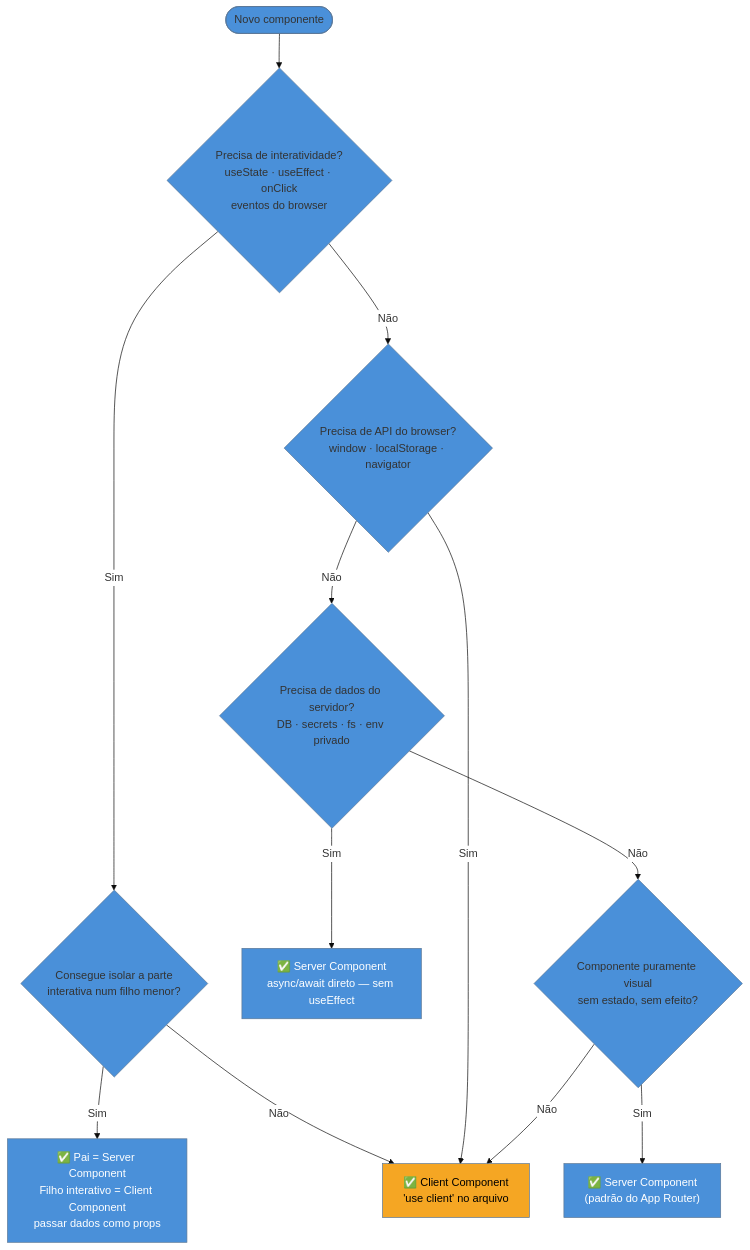
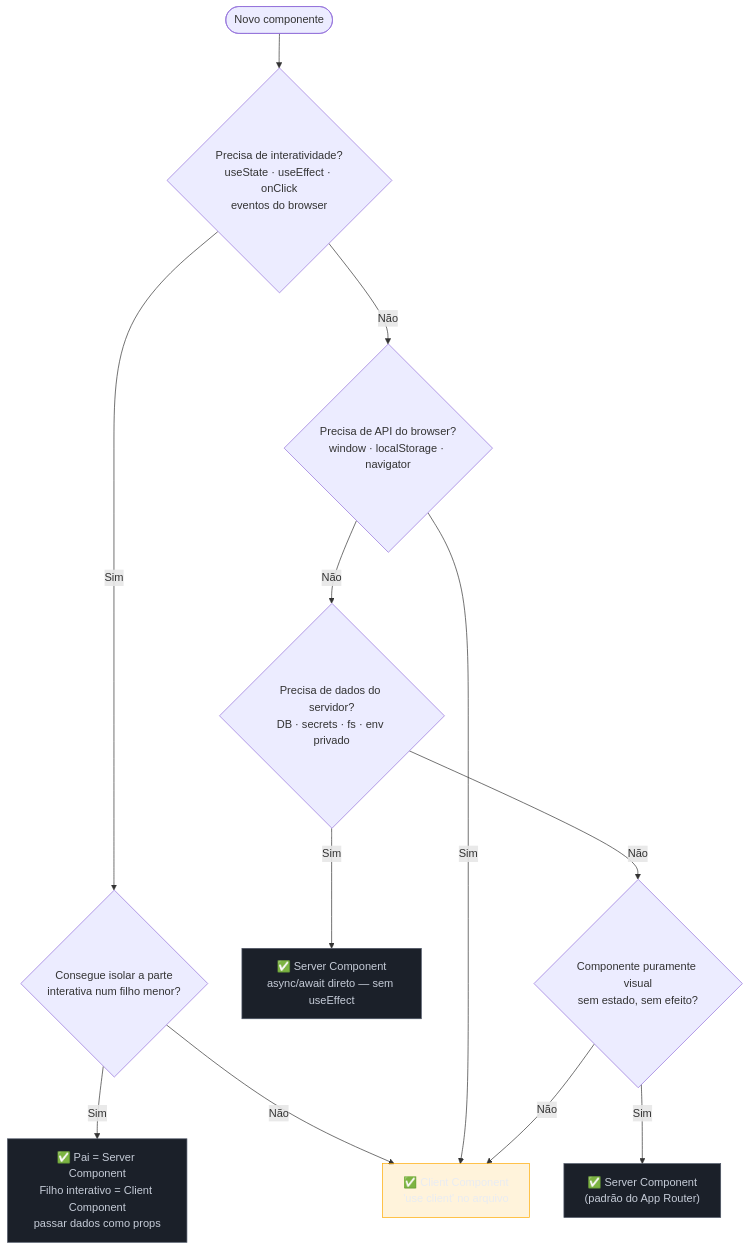
Before and after one commit to josenaldo/codex-technomanticus: the first of 4 diagrams in 03-Dominios/Tecnologia/React/Next.js/16 - Capstone - arquitetura, decisões e entrevista.md, drawn with Mermaid. The commit also changed other lines of this file and 1181 other files, not shown here.

First line of the commit message:
fix(diagramas): paleta do sistema no lugar de cor cravada no markdown

````diff
--- a/03-Dominios/Tecnologia/React/Next.js/16 - Capstone - arquitetura, decisões e entrevista.md
+++ b/03-Dominios/Tecnologia/React/Next.js/16 - Capstone - arquitetura, decisões e entrevista.md
@@ -41,20 +41,21 @@
 ```mermaid
-%%{init: {"theme": "base", "themeVariables": {"primaryColor": "#4A90D9", "edgeLabelBackground": "#ffffff"}}}%%
 flowchart TD
+    classDef neutro fill:#1B2029,stroke:#4E5666,color:#C6CCD8
+    classDef destaque fill:#FFAA0024,stroke:#FFAA00,color:#E9ECF2
     Start([Novo componente]) --> Q1{Precisa de interatividade?\nuseState · useEffect · onClick\neventos do browser}
     Q1 -- Sim --> Q2{Consegue isolar a parte\ninterativa num filho menor?}
     Q2 -- Sim --> SC1["✅ Pai = Server Component\nFilho interativo = Client Component\npassar dados como props"]
     Q2 -- Não --> CC["✅ Client Component\n'use client' no arquivo"]
     Q1 -- Não --> Q3{Precisa de API do browser?\nwindow · localStorage · navigator}
     Q3 -- Sim --> CC
     Q3 -- Não --> Q4{Precisa de dados do servidor?\nDB · secrets · fs · env privado}
     Q4 -- Sim --> SC2["✅ Server Component\nasync/await direto — sem useEffect"]
     Q4 -- Não --> Q5{Componente puramente visual\nsem estado, sem efeito?}
     Q5 -- Sim --> SC3["✅ Server Component\n(padrão do App Router)"]
     Q5 -- Não --> CC
 
-    style SC1 fill:#4A90D9,color:#fff
-    style SC2 fill:#4A90D9,color:#fff
-    style SC3 fill:#4A90D9,color:#fff
-    style CC fill:#F5A623,color:#000
+    class SC1 neutro
+    class SC2 neutro
+    class SC3 neutro
+    class CC destaque
 ```
````
